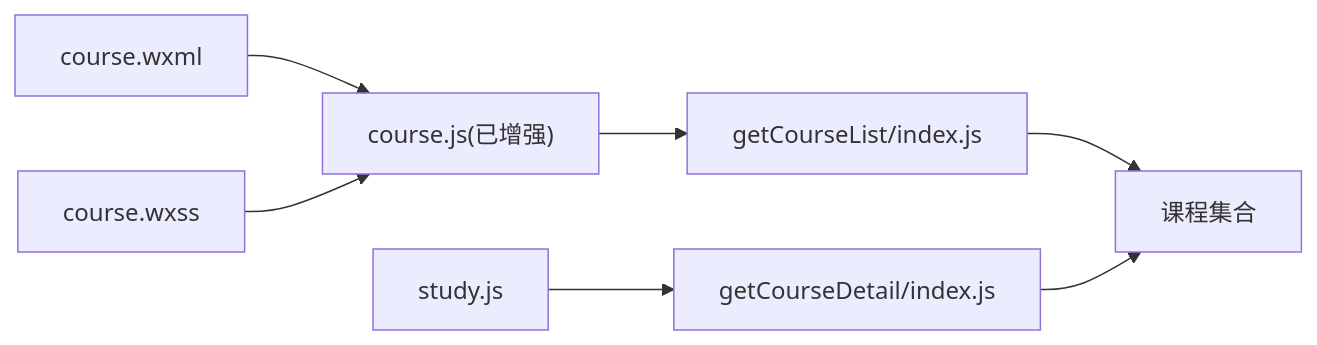
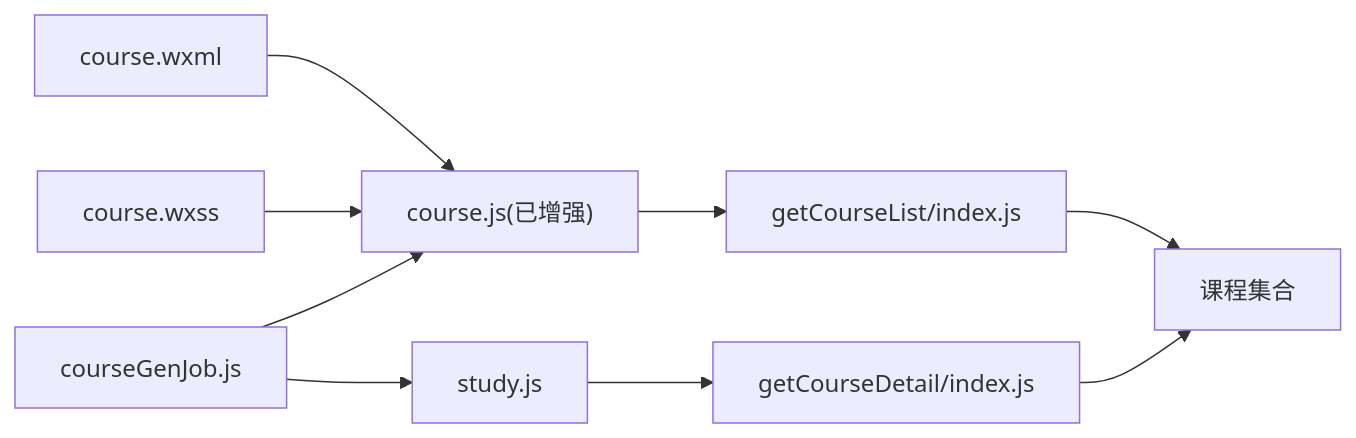
One commit to cwb7756/bio changed the sixth of 6 diagrams in .qoder/repowiki/zh/content/核心功能模块/课程学习系统/课程管理模块.md. Above: the diagram before and after it, drawn with Mermaid. The commit also changed other lines of this file and 35 other files, not shown here.

````diff
--- a/.qoder/repowiki/zh/content/核心功能模块/课程学习系统/课程管理模块.md
+++ b/.qoder/repowiki/zh/content/核心功能模块/课程学习系统/课程管理模块.md
@@ -246,9 +311,11 @@
 ```mermaid
 graph LR
 CourseJS["course.js(已增强)"] --> GetList["getCourseList/index.js"]
 CourseWXML["course.wxml"] --> CourseJS
 CourseWSS["course.wxss"] --> CourseJS
 StudyJS["study.js"] --> GetDetail["getCourseDetail/index.js"]
+CGJ["courseGenJob.js"] --> CourseJS
+CGJ --> StudyJS
 GetList --> DB["课程集合"]
 GetDetail --> DB
 ```
````
